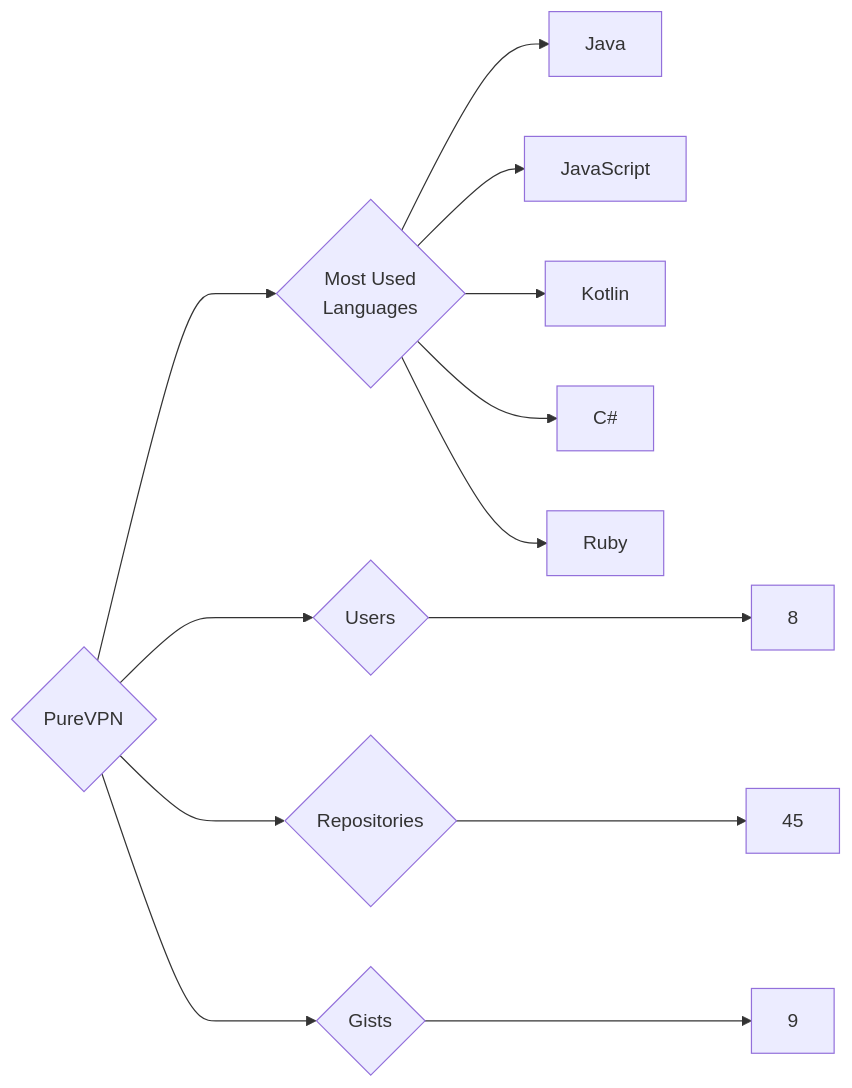
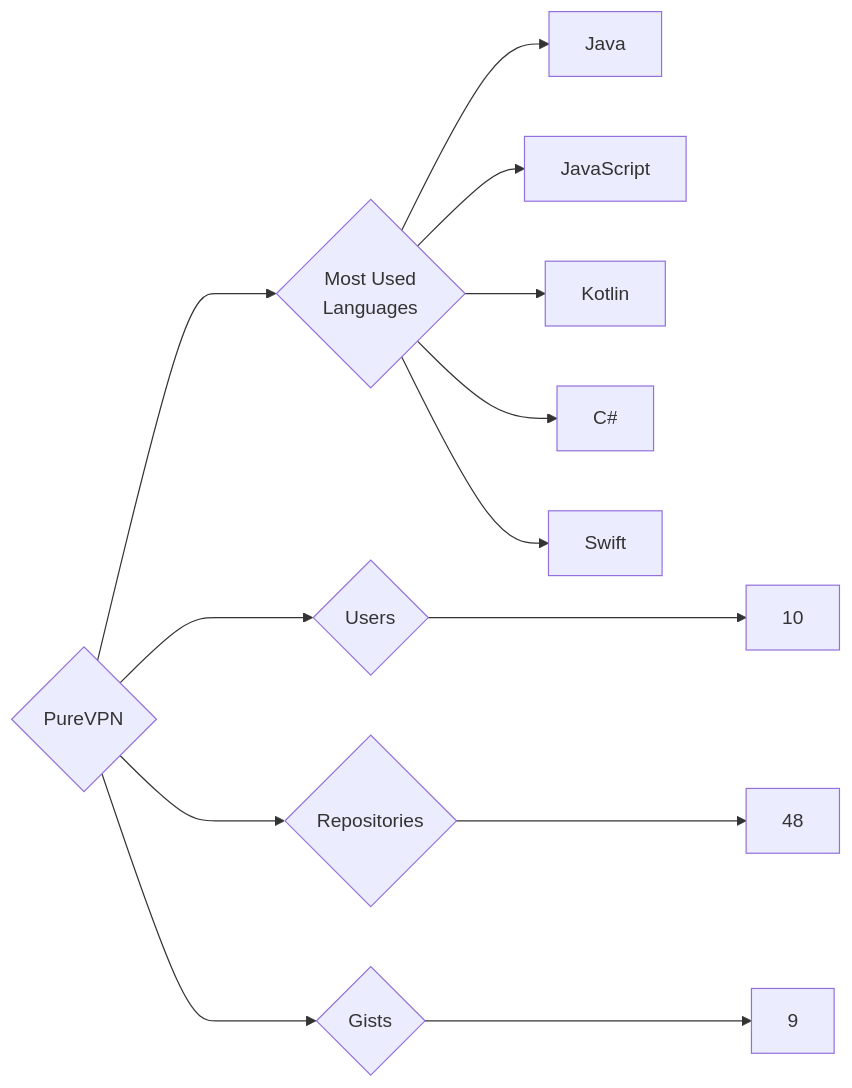
The diagram in targets/PureVPN/README.md (trickest/insiders), drawn with Mermaid before and after one commit. The commit also changed 682 other files, not shown here.

````diff
--- a/targets/PureVPN/README.md
+++ b/targets/PureVPN/README.md
@@ -3,13 +3,13 @@
 ```mermaid
 graph LR
 COMPANY_NAME{PureVPN}
-COMPANY_NAME ---> U{Users} ---> UN[8]
-COMPANY_NAME ---> R{Repositories} ---> RN[45]
+COMPANY_NAME ---> U{Users} ---> UN[10]
+COMPANY_NAME ---> R{Repositories} ---> RN[48]
 COMPANY_NAME ---> G{Gists} ---> GN[9]
 COMPANY_NAME ---> ML{Most Used<br>Languages}
 ML --> Java[Java]
 ML --> JavaScript[JavaScript]
 ML --> Kotlin[Kotlin]
 ML --> C#[C#]
-ML --> Ruby[Ruby]
+ML --> Swift[Swift]
 ```
````
